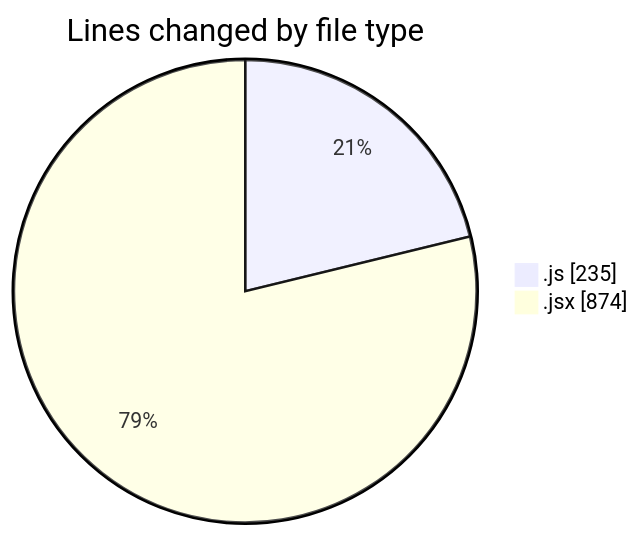
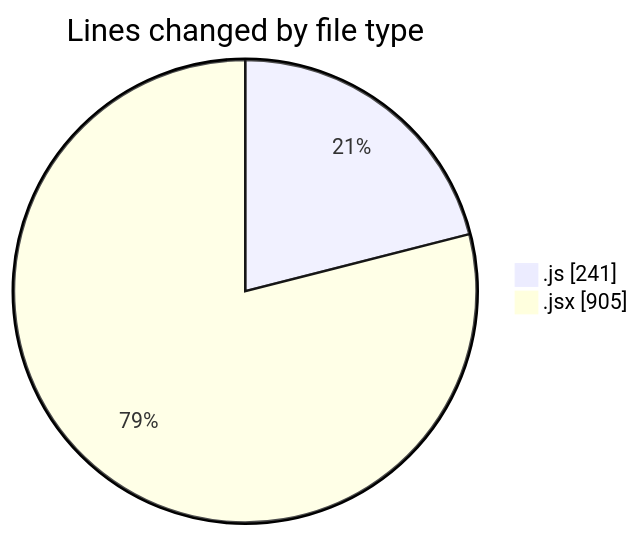
One commit to robertbonfada/code-tracking changed the first of 2 diagrams in 2025-01-13/termonied-web/README.md. Above: the diagram before and after it, drawn with Mermaid. The commit also changed other lines of this file and 1 other file, not shown here.

````diff
--- a/2025-01-13/termonied-web/README.md
+++ b/2025-01-13/termonied-web/README.md
@@ -21,6 +21,6 @@
 ```mermaid
 pie showData
 title Lines changed by file type
-".js" : 235
-".jsx" : 874
+".js" : 241
+".jsx" : 905
 ```
````
